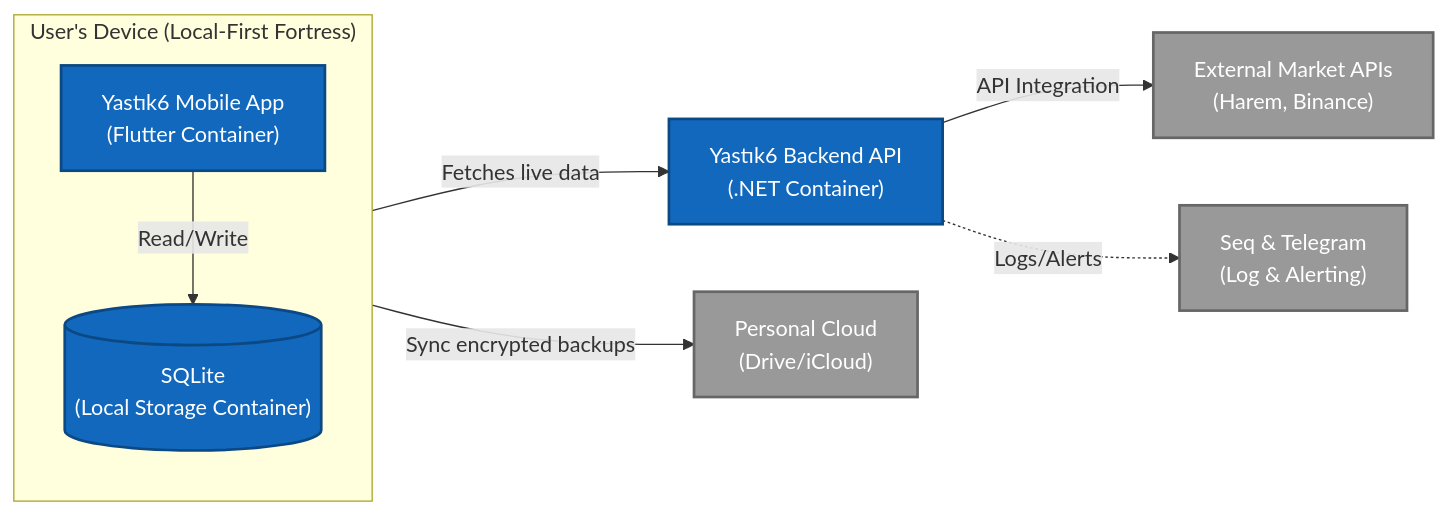
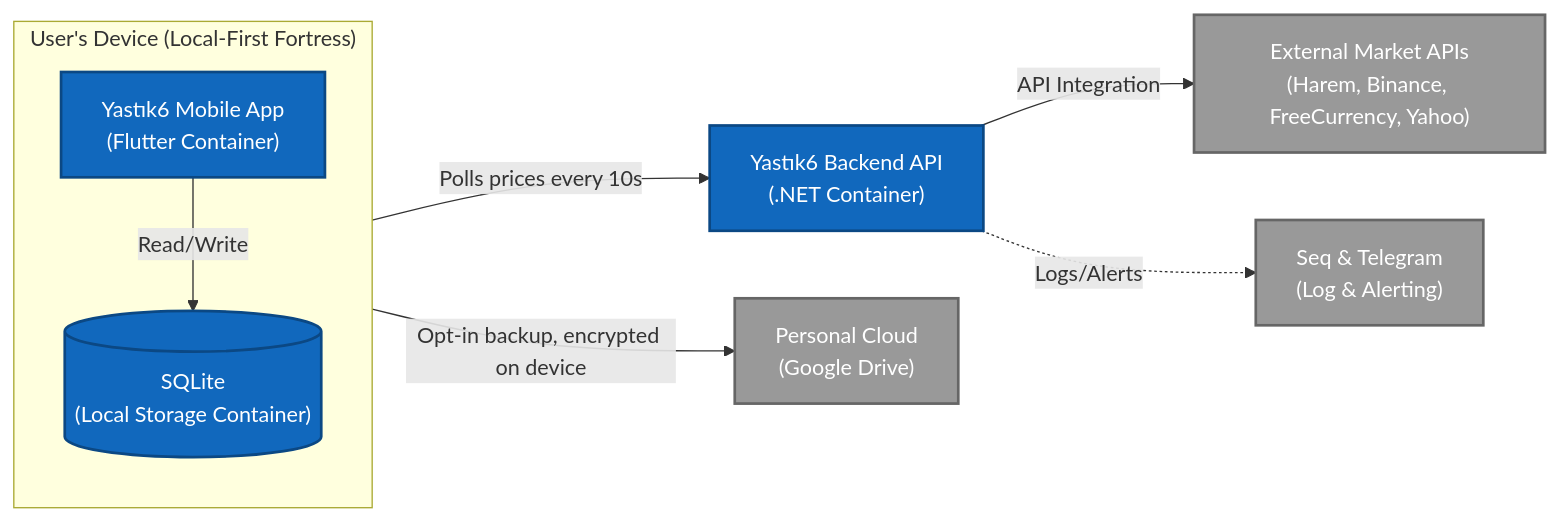
The diagram in README.md (cinargorkemturudu/Yastik6-Portfolio-Showcase), drawn with Mermaid before and after one commit. The commit also changed other lines of this file and 2 other files, not shown here.

````diff
--- a/README.md
+++ b/README.md
@@ -11,26 +23,26 @@
 ```mermaid
 flowchart LR
     %% Custom C4 Container Styles
     classDef container fill:#1168bd,stroke:#0b4884,stroke-width:2px,color:#fff
     classDef database fill:#1168bd,stroke:#0b4884,stroke-width:2px,color:#fff,shape:cylinder
     classDef external fill:#999999,stroke:#666666,stroke-width:2px,color:#fff
 
     subgraph UserDevice ["User's Device (Local-First Fortress)"]
         direction TB
         Mobile["Yastık6 Mobile App<br/>(Flutter Container)"]:::container
         DB[("SQLite<br/>(Local Storage Container)")]:::database
-        
+
         Mobile -->|"Read/Write"| DB
     end
 
     Backend["Yastık6 Backend API<br/>(.NET Container)"]:::container
-    Cloud["Personal Cloud<br/>(Drive/iCloud)"]:::external
-    APIs["External Market APIs<br/>(Harem, Binance)"]:::external
+    Cloud["Personal Cloud<br/>(Google Drive)"]:::external
+    APIs["External Market APIs<br/>(Harem, Binance, FreeCurrency, Yahoo)"]:::external
     SeqTelegram["Seq & Telegram<br/>(Log & Alerting)"]:::external
 
     %% Container Relationships
-    Mobile -->|"Sync encrypted backups"| Cloud
-    Mobile -->|"Fetches live data"| Backend
+    Mobile -->|"Opt-in backup, encrypted on device"| Cloud
+    Mobile -->|"Polls prices every 10s"| Backend
     Backend -->|"API Integration"| APIs
     Backend -.->|"Logs/Alerts"| SeqTelegram
 ```
````
